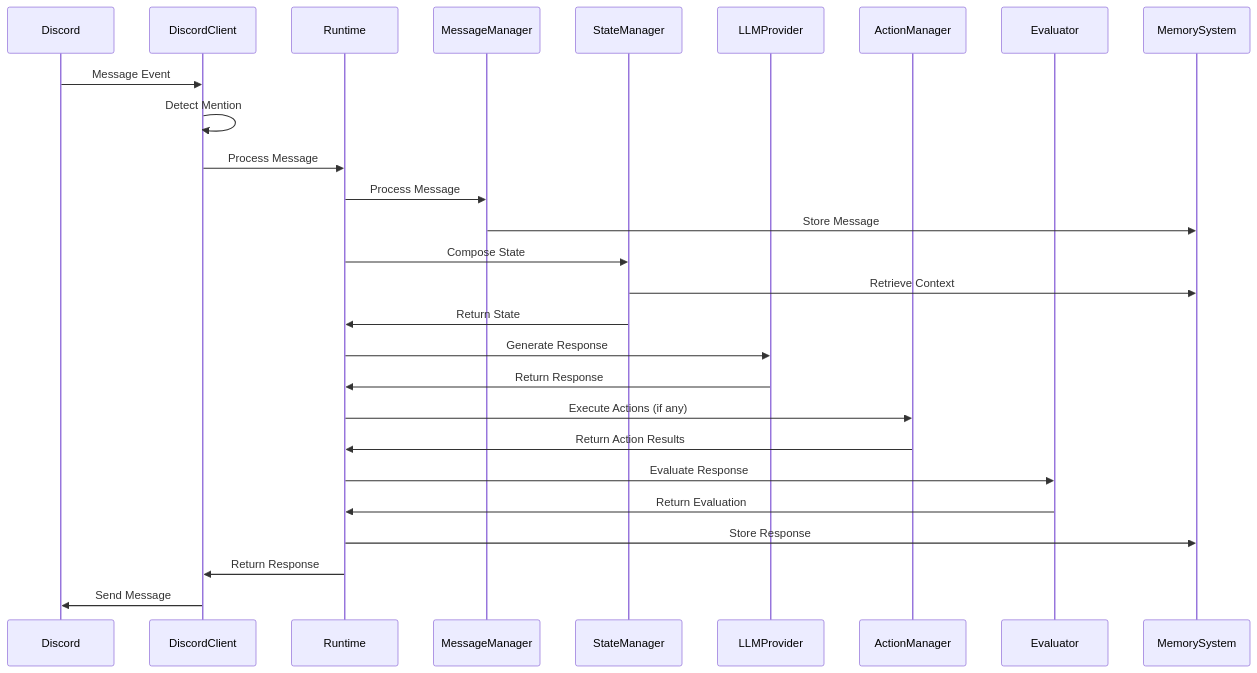
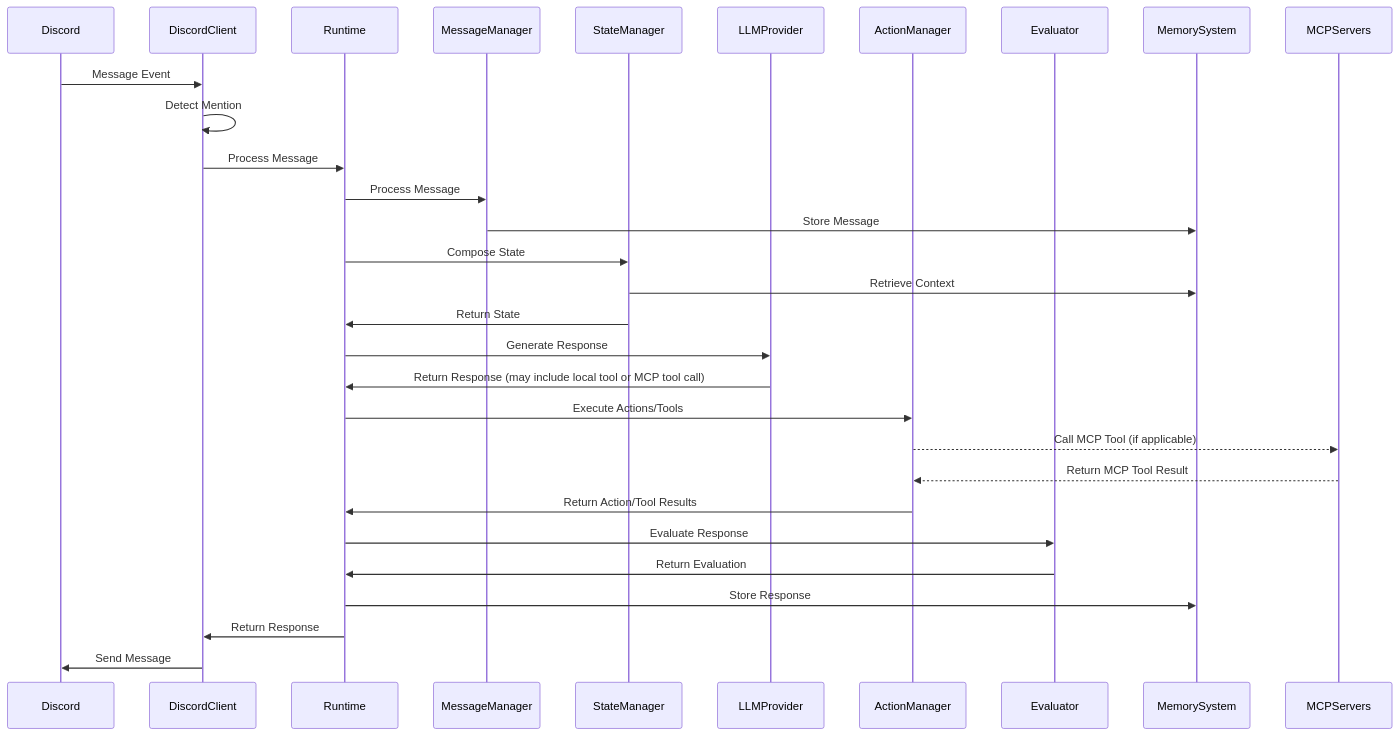
Before and after one commit to granthooks/Carrier: the second of 5 diagrams in memory-bank/systemPatterns.md, drawn with Mermaid. The commit also changed other lines of this file and 6 other files, not shown here.

````diff
--- a/memory-bank/systemPatterns.md
+++ b/memory-bank/systemPatterns.md
@@ -279,30 +321,33 @@
 ```mermaid
 sequenceDiagram
     participant Discord
     participant DiscordClient
     participant Runtime
     participant MessageManager
     participant StateManager
     participant LLMProvider
     participant ActionManager
     participant Evaluator
     participant MemorySystem
+    participant MCPServers
     
     Discord->>DiscordClient: Message Event
     DiscordClient->>DiscordClient: Detect Mention
     DiscordClient->>Runtime: Process Message
     Runtime->>MessageManager: Process Message
     MessageManager->>MemorySystem: Store Message
     Runtime->>StateManager: Compose State
     StateManager->>MemorySystem: Retrieve Context
     StateManager->>Runtime: Return State
     Runtime->>LLMProvider: Generate Response
-    LLMProvider->>Runtime: Return Response
-    Runtime->>ActionManager: Execute Actions (if any)
-    ActionManager->>Runtime: Return Action Results
+    LLMProvider->>Runtime: Return Response (may include local tool or MCP tool call)
+    Runtime->>ActionManager: Execute Actions/Tools
+    ActionManager-->>MCPServers: Call MCP Tool (if applicable)
+    MCPServers-->>ActionManager: Return MCP Tool Result
+    ActionManager->>Runtime: Return Action/Tool Results
     Runtime->>Evaluator: Evaluate Response
     Evaluator->>Runtime: Return Evaluation
     Runtime->>MemorySystem: Store Response
     Runtime->>DiscordClient: Return Response
     DiscordClient->>Discord: Send Message
 ```
````
